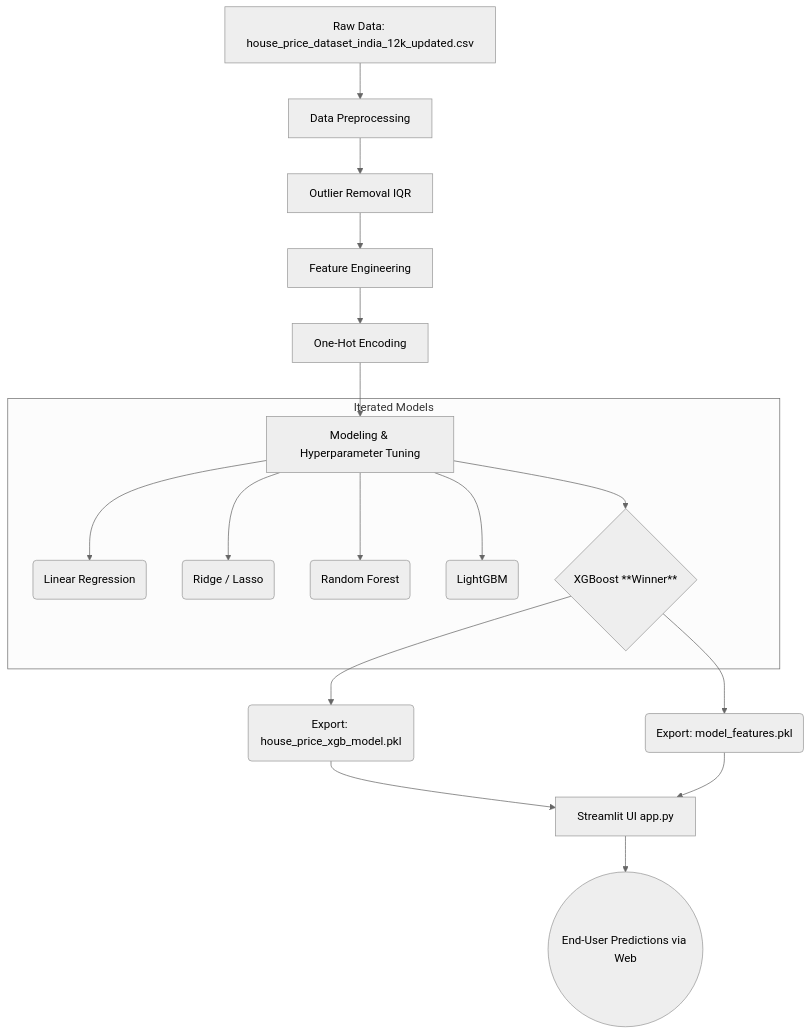
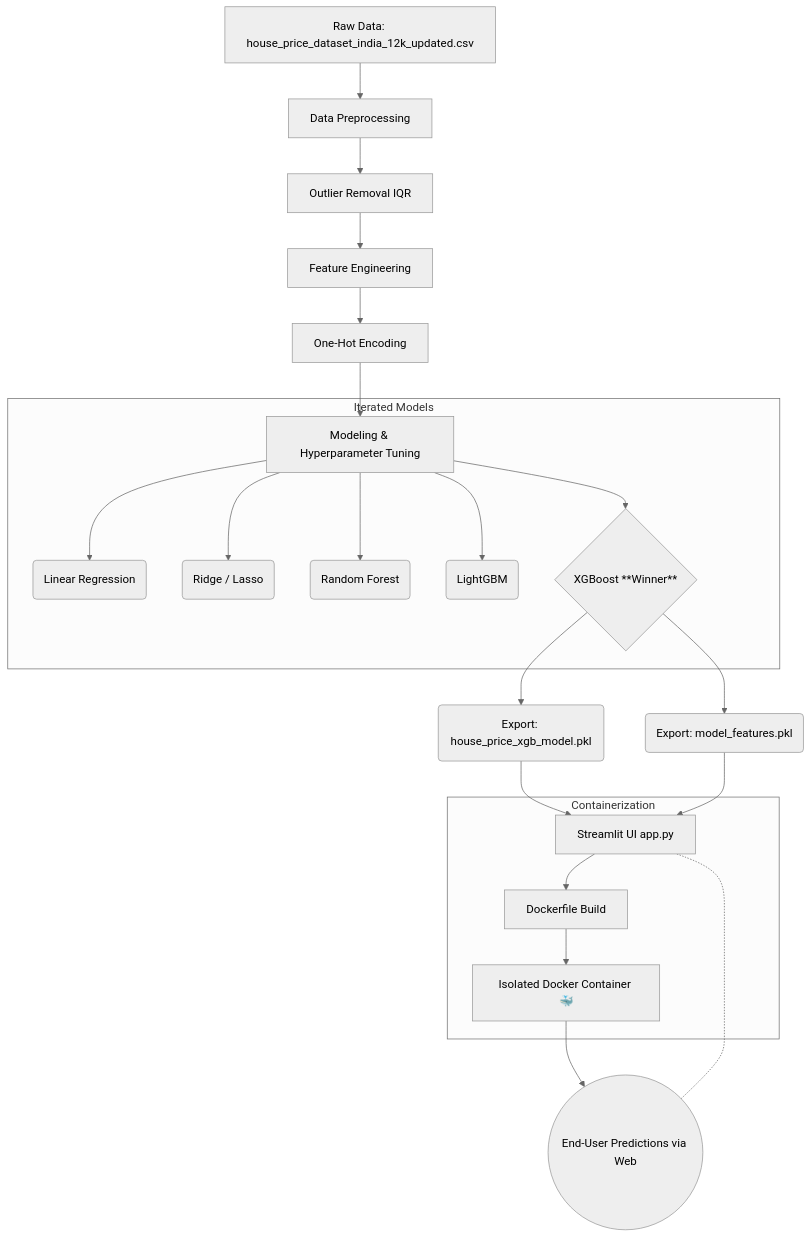
Before and after one commit to prassan-agarwal/Team_ONYX: the diagram in README.md, drawn with Mermaid (neutral theme). The commit also changed other lines of this file, not shown here.

Commit message:
Update architecture diagram with containerization details
Added containerization subgraph to architecture diagram.

````diff
--- a/README.md
+++ b/README.md
@@ -196,23 +196,30 @@
 ```mermaid
 graph TD;
     A[Raw Data: house_price_dataset_india_12k_updated.csv] --> B[Data Preprocessing];
     B --> C[Outlier Removal IQR];
     C --> D[Feature Engineering];
     D --> E[One-Hot Encoding];
     E --> F[Modeling & Hyperparameter Tuning];
     
     subgraph Iterated Models
     F --> G(Linear Regression);
     F --> H(Ridge / Lasso);
     F --> I(Random Forest);
     F --> J(LightGBM);
     F --> K{XGBoost **Winner**};
     end
     
     K --> L(Export: house_price_xgb_model.pkl);
     K --> M(Export: model_features.pkl);
     
     L --> N[Streamlit UI app.py];
     M --> N;
-    N --> O((End-User Predictions via Web));
+    
+    subgraph Containerization
+    N --> P[Dockerfile Build];
+    P --> Q[Isolated Docker Container 🐳];
+    end
+    
+    Q --> O((End-User Predictions via Web));
+    N -.- O;
 ```
````
